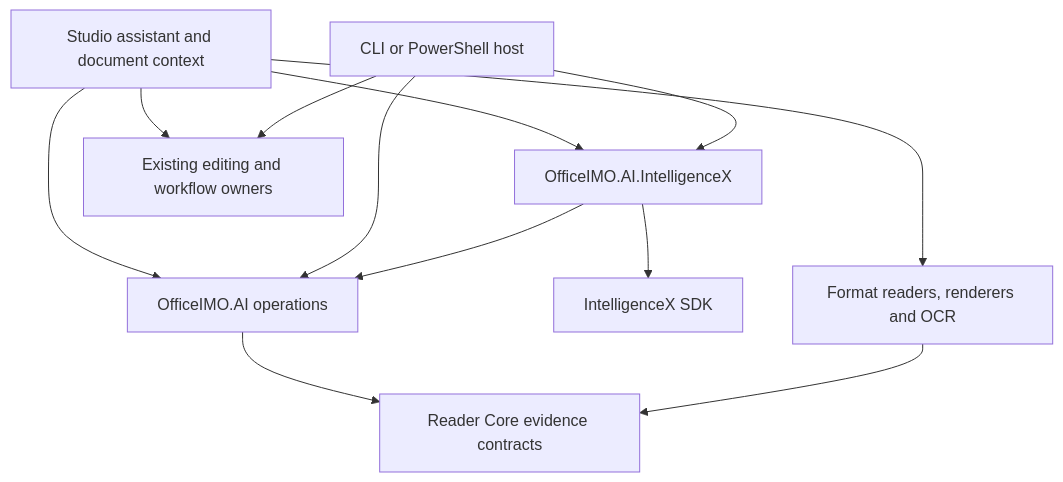
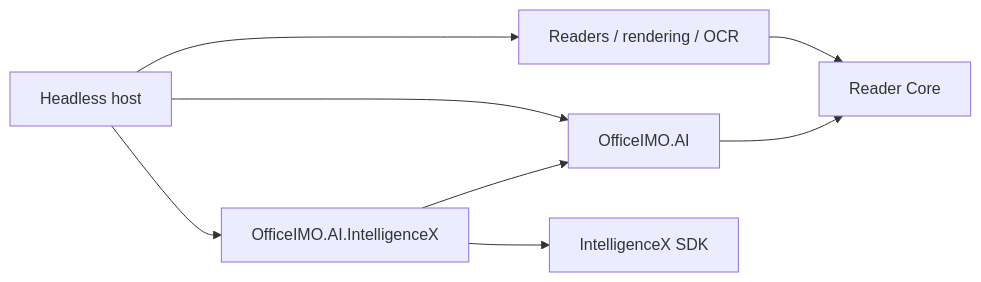
Before and after one commit to EvotecIT/OfficeIMO: the diagram in Docs/officeimo.document-assistant-design.md, drawn with Mermaid. The commit also changed other lines of this file and 35 other files, not shown here.

Commit message:
Add bounded document AI engine and headless evaluation

````diff
--- a/Docs/officeimo.document-assistant-design.md
+++ b/Docs/officeimo.document-assistant-design.md
@@ -54,14 +21,10 @@
 ```mermaid
-flowchart TD
-    Studio[Studio assistant and document context] --> AI[OfficeIMO.AI operations]
-    CLI[CLI or PowerShell host] --> AI
-    AI --> Reader[Reader Core evidence contracts]
-    Adapter[OfficeIMO.AI.IntelligenceX] --> AI
+flowchart LR
+    Host[Headless host] --> AI[OfficeIMO.AI]
+    Host --> Formats[Readers / rendering / OCR]
+    Formats --> Reader[Reader Core]
+    AI --> Reader
+    Host --> Adapter[OfficeIMO.AI.IntelligenceX]
+    Adapter --> AI
     Adapter --> IX[IntelligenceX SDK]
-    Studio --> Adapter
-    CLI --> Adapter
-    Studio --> Engines[Format readers, renderers and OCR]
-    Engines --> Reader
-    Studio --> Actions[Existing editing and workflow owners]
-    CLI --> Actions
 ```
````
